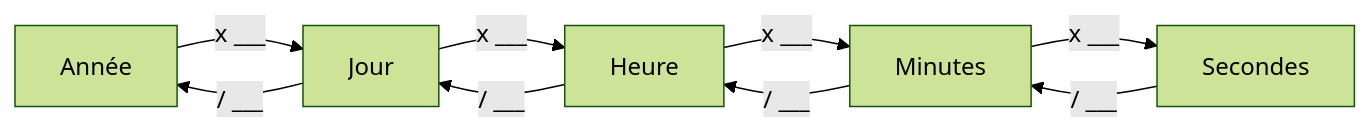
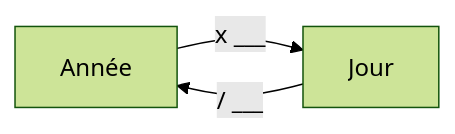
One commit to dubois-svt/courssvt changed the first of 3 diagrams in docs/6e/MouvementTerre/RevolRotation.md. Above: the diagram before and after it, drawn with Mermaid (forest theme). The commit also changed other lines of this file and 9 other files, not shown here.

````diff
--- a/docs/6e/MouvementTerre/RevolRotation.md
+++ b/docs/6e/MouvementTerre/RevolRotation.md
@@ -86,12 +87,6 @@
 ```mermaid
 flowchart LR
     A[Année] -- x ___ --> B[Jour]
-    B -- x  ___  --> C[Heure]
-    C -- x  ___ --> D[Minutes]
-    D -- x ___ --> E[Secondes]
+    B -- / ___ --> A
 
-    B -- / ___ --> A
-    C -- / ___ --> B
-    D -- / ___ --> C
-    E -- / ___ --> D
 ```
````
